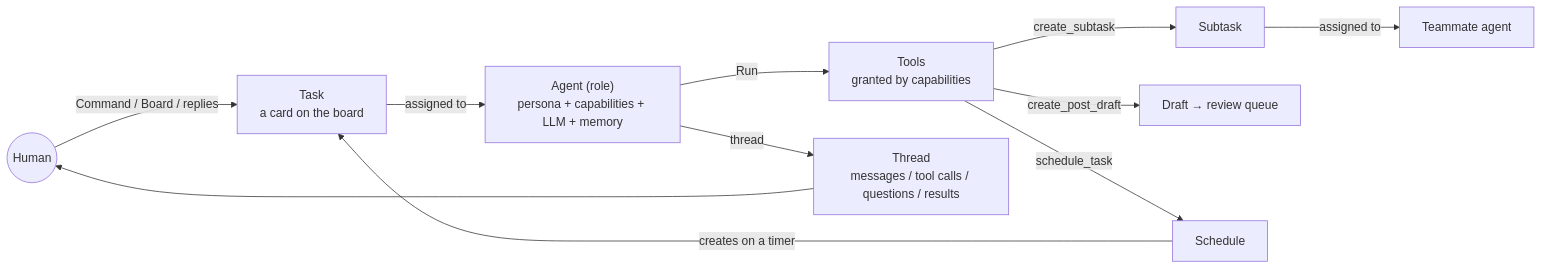
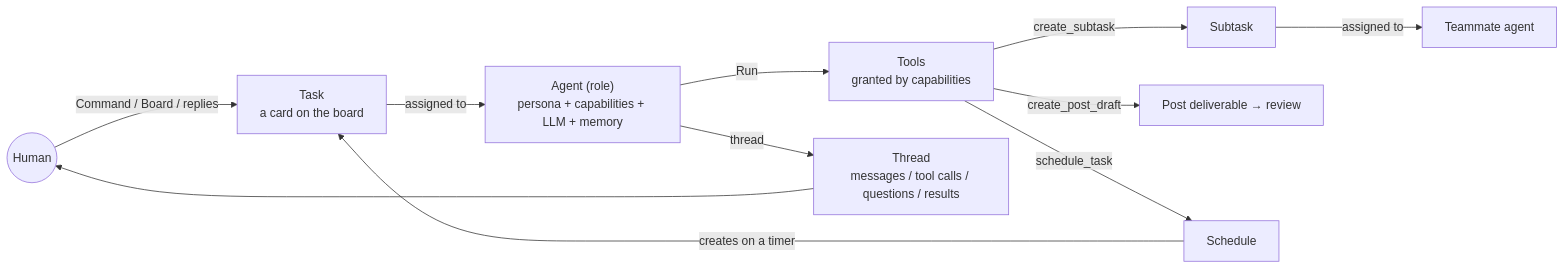
The first of 5 diagrams in docs/agentic-flow.md (j75689/cueflow), drawn with Mermaid before and after one commit. The commit also changed other lines of this file and 14 other files, not shown here.

````diff
--- a/docs/agentic-flow.md
+++ b/docs/agentic-flow.md
@@ -21,11 +21,11 @@
 ```mermaid
 flowchart LR
     Human(("Human")) -->|"Command / Board / replies"| Task["Task<br/>a card on the board"]
     Task -->|"assigned to"| Agent["Agent (role)<br/>persona + capabilities + LLM + memory"]
     Agent -->|"Run"| Tools["Tools<br/>granted by capabilities"]
     Tools -->|"create_subtask"| Sub["Subtask"] -->|"assigned to"| Mate["Teammate agent"]
-    Tools -->|"create_post_draft"| Draft["Draft → review queue"]
+    Tools -->|"create_post_draft"| Draft["Post deliverable → review"]
     Tools -->|"schedule_task"| Sched["Schedule"] -->|"creates on a timer"| Task
     Agent -->|"thread"| Thread["Thread<br/>messages / tool calls / questions / results"]
     Thread --> Human
 ```
````
